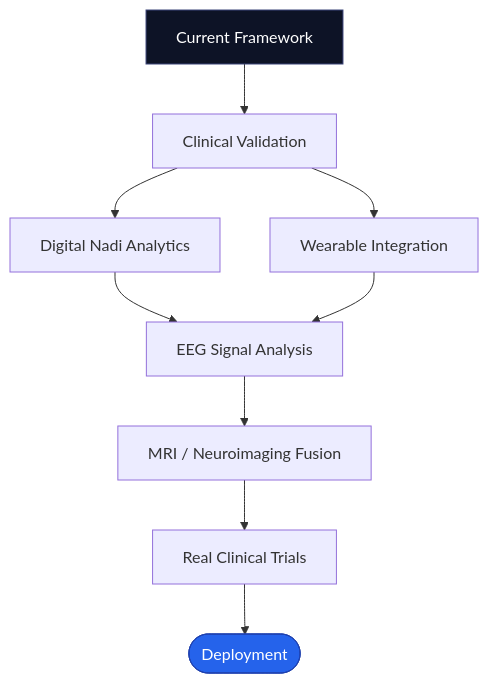
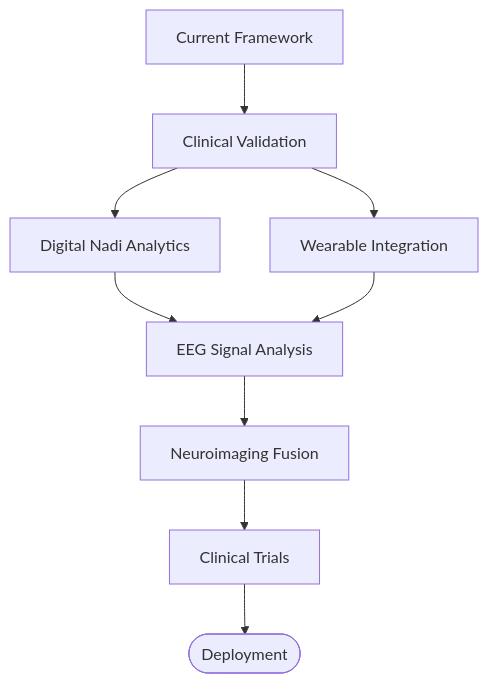
The ninth of 9 diagrams in README.md (Avgohil/fusion-care-alzheimer-ml), drawn with Mermaid before and after one commit. The commit also changed other lines of this file, not shown here.

````diff
--- a/README.md
+++ b/README.md
@@ -510,14 +380,11 @@
 ```mermaid
 flowchart TD
     A[Current Framework] --> B[Clinical Validation]
     B --> C[Digital Nadi Analytics]
     B --> D[Wearable Integration]
     C --> E[EEG Signal Analysis]
     D --> E
-    E --> F[MRI / Neuroimaging Fusion]
-    F --> G[Real Clinical Trials]
+    E --> F[Neuroimaging Fusion]
+    F --> G[Clinical Trials]
     G --> H([Deployment])
-
-    style A fill:#0d1326,stroke:#3b4478,color:#fff
-    style H fill:#2563eb,stroke:#1e40af,color:#fff
 ```
````
